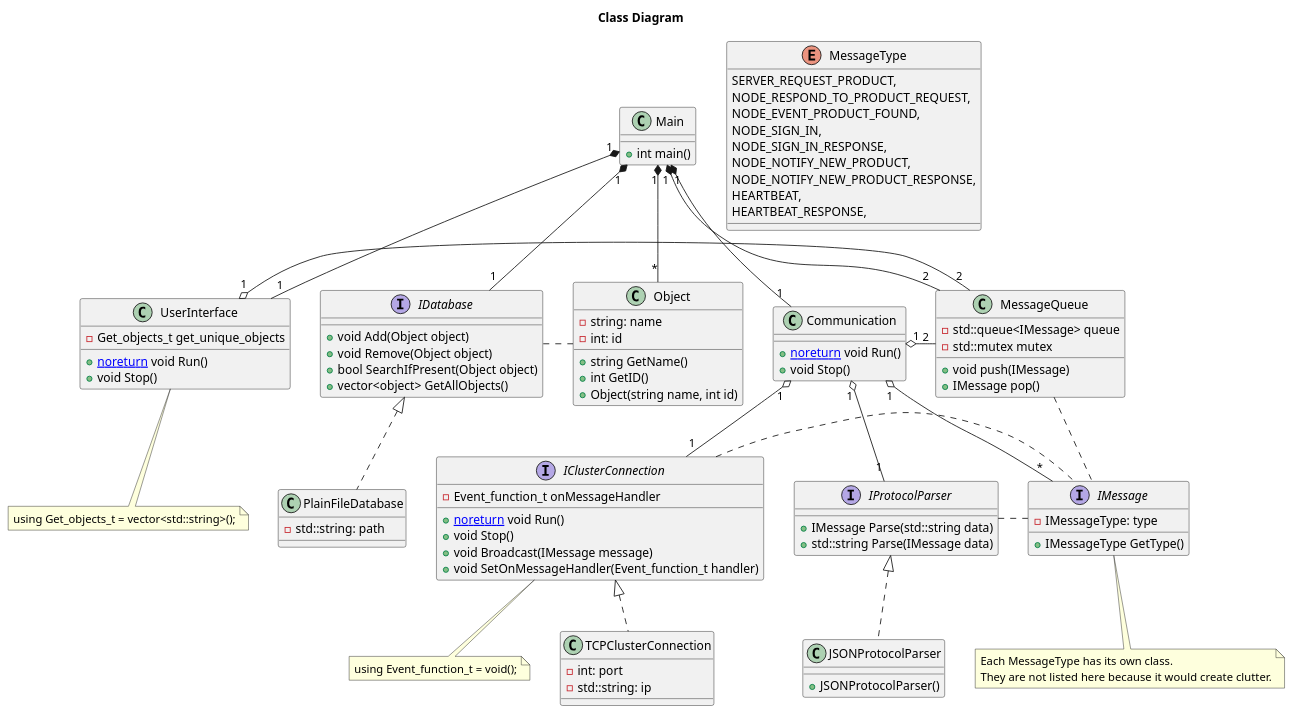
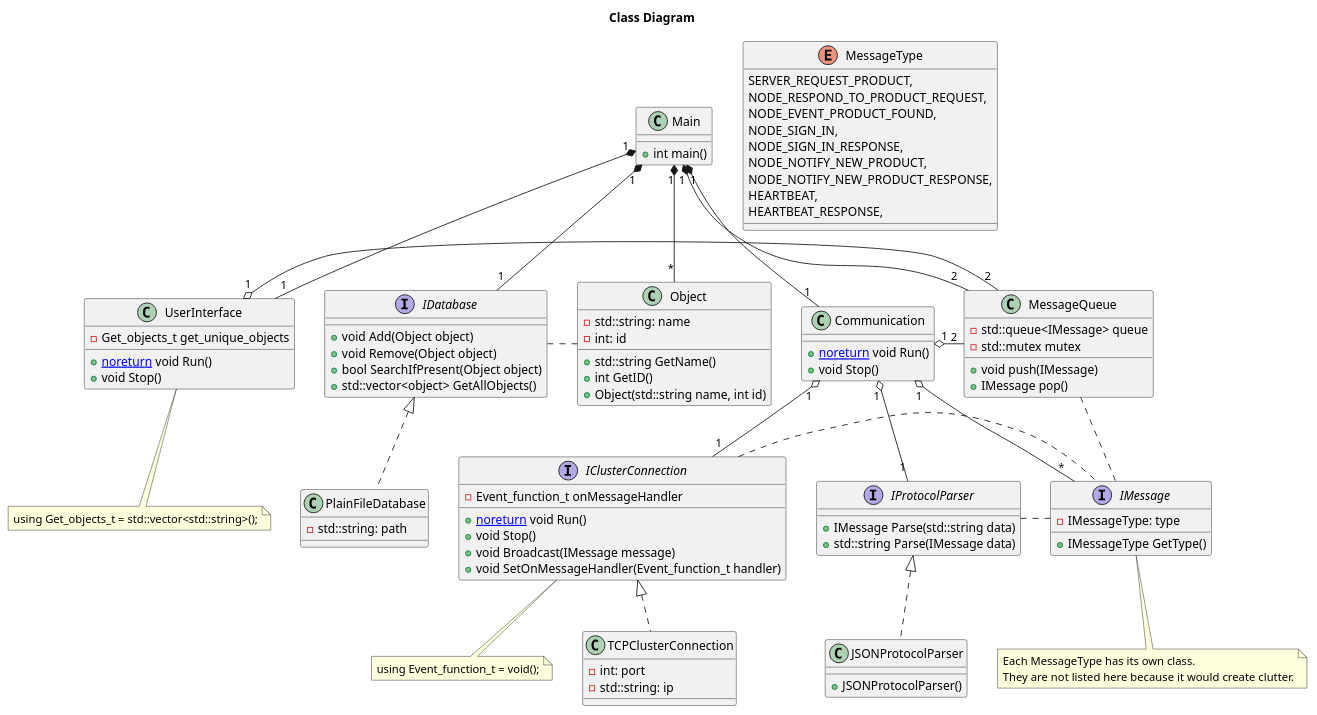
Before and after one commit to T3-FindIt/FindIt: the diagram in Designs/Server Design/Design.wsd, drawn with PlantUML.

Commit message:
added std:: where needed

```diff
--- a/Designs/Server Design/Design.wsd
+++ b/Designs/Server Design/Design.wsd
@@ -1,136 +1,136 @@
 @startuml ClassDiagram
 Title Class Diagram
 
 Class Communication
 {
     {method} + [[noreturn]] void Run()
     {method} + void Stop()
 }
 
 ' using Event_function_t = void();
 interface IClusterConnection
 {
     {field} - Event_function_t onMessageHandler
     {method} + [[noreturn]] void Run()
     {method} + void Stop()
     {method} + void Broadcast(IMessage message)
     ' {method} + void Send(IMessage message, IPAdress ip)
     {method} + void SetOnMessageHandler(Event_function_t handler)
 }
 
 note bottom of IClusterConnection
 using Event_function_t = void();
 end note
 
 class TCPClusterConnection
 {
     {field} - int: port
     {field} - std::string: ip
 }
 
 interface IDatabase
 {
     {method} + void Add(Object object)
     {method} + void Remove(Object object)
     {method} + bool SearchIfPresent(Object object)
-    {method} + vector<object> GetAllObjects()
+    {method} + std::vector<object> GetAllObjects()
 }
 
 Class PlainFileDatabase
 {
     {field} - std::string: path
 }
 
 Class Object
 {
-    {field} - string: name
+    {field} - std::string: name
     {field} - int: id
-    {method} + string GetName()
+    {method} + std::string GetName()
     {method} + int GetID()
-    {method} + Object(string name, int id)
+    {method} + Object(std::string name, int id)
 }
 
 enum MessageType
 {
     SERVER_REQUEST_PRODUCT,
     NODE_RESPOND_TO_PRODUCT_REQUEST,
     NODE_EVENT_PRODUCT_FOUND,
     NODE_SIGN_IN,
     NODE_SIGN_IN_RESPONSE,
     NODE_NOTIFY_NEW_PRODUCT,
     NODE_NOTIFY_NEW_PRODUCT_RESPONSE,
     HEARTBEAT,
     HEARTBEAT_RESPONSE,
 }
 
 interface IMessage
 {
     {field} - IMessageType: type
     {method} + IMessageType GetType()
 }
 
 note bottom of IMessage
 Each MessageType has its own class.
 They are not listed here because it would create clutter.
 end note
 
 interface IProtocolParser
 {
     {method} + IMessage Parse(std::string data)
     {method} + std::string Parse(IMessage data)
 }
 
 Class JSONProtocolParser
 {
     {method} + JSONProtocolParser()
 }
 
 Class UserInterface
 {
     {field} - Get_objects_t get_unique_objects
     {method} + [[noreturn]] void Run()
     {method} + void Stop()
 }
 
 note bottom of UserInterface
-using Get_objects_t = vector<std::string>();
+using Get_objects_t = std::vector<std::string>();
 end note
 
 Class Main
 {
     {method} + int main()
 }
 
 Class MessageQueue
 {
     {field} - std::queue<IMessage> queue
     {field} - std::mutex mutex
     {method} + void push(IMessage)
     {method} + IMessage pop()
 }
 
 Main "1" *-- "1" UserInterface
 Main "1" *-- "*" Object
 Main "1" *-- "1" IDatabase
 Main "1" *-- "1" Communication
 Main "1" *-- "2" MessageQueue
 
 Communication "1" o-- "*" IMessage
 Communication "1" o-- "1" IProtocolParser
 Communication "1" o-- "1" IClusterConnection
 
 IProtocolParser <|.. JSONProtocolParser
 IProtocolParser . IMessage
 
 IClusterConnection <|.. TCPClusterConnection
 IClusterConnection . IMessage
 
 IDatabase . Object
 IDatabase <|.. PlainFileDatabase
 
 MessageQueue . IMessage
 
 UserInterface "1" o- "2" MessageQueue
 Communication "1" o- "2" MessageQueue
 
 @enduml
```
